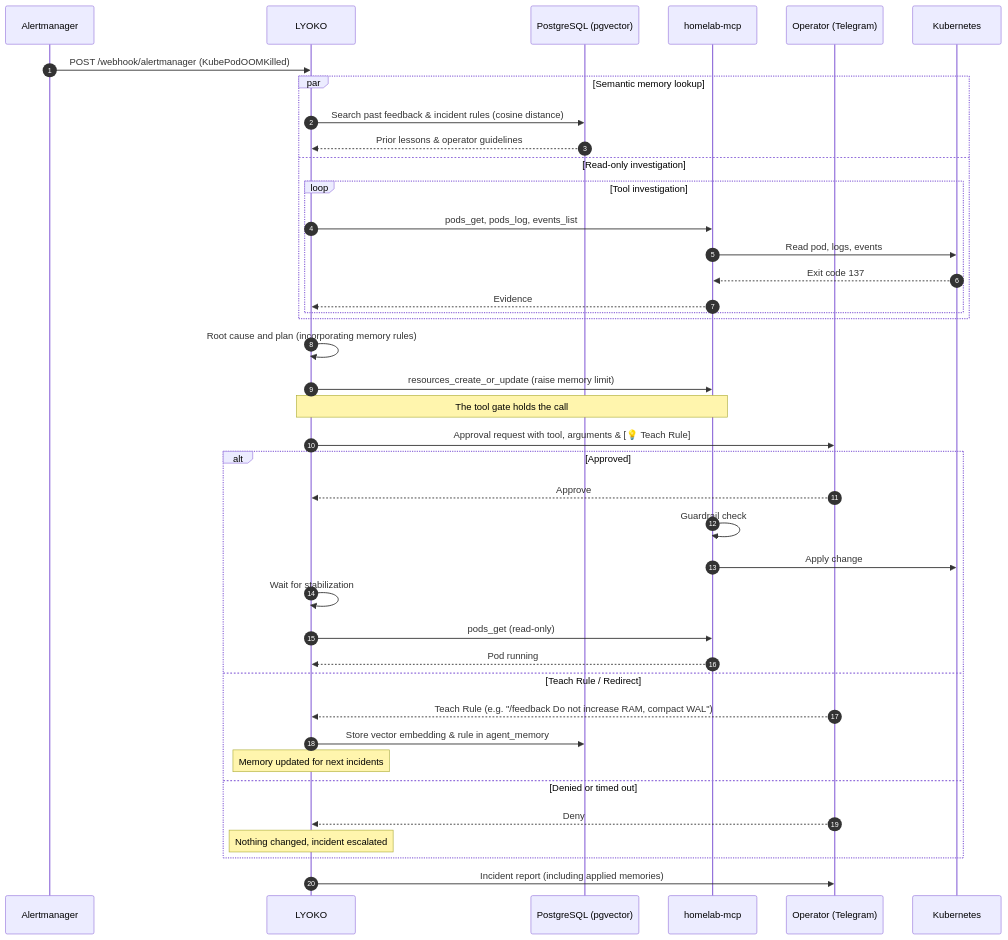
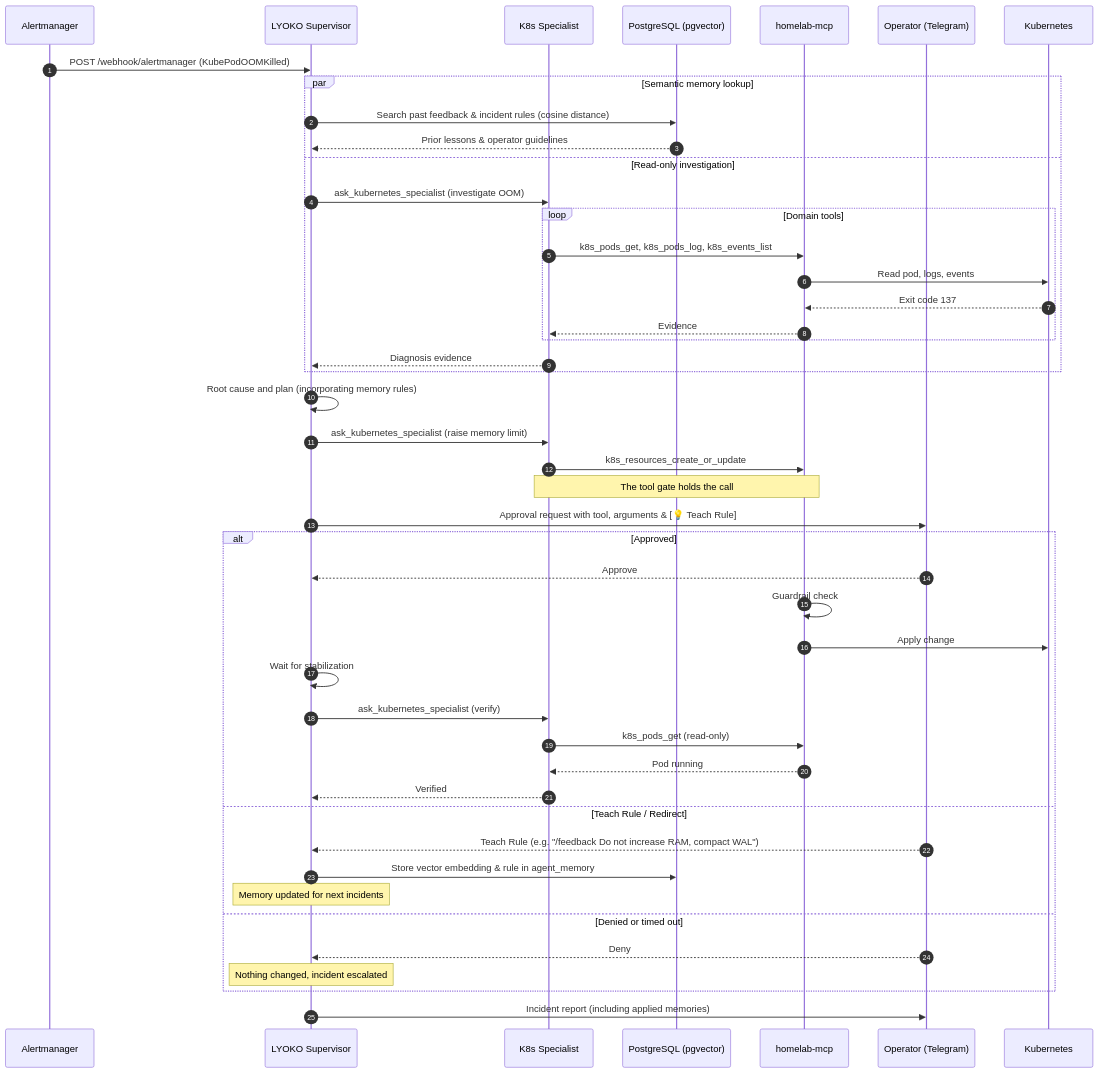
Before and after one commit to csp33/homelab-ai-ops: the second of 2 diagrams in README.md, drawn with Mermaid. The commit also changed other lines of this file and 3 other files, not shown here.

````diff
--- a/README.md
+++ b/README.md
@@ -118,48 +119,54 @@
 ```mermaid
 sequenceDiagram
     autonumber
     participant AM as Alertmanager
-    participant L as LYOKO
+    participant L as LYOKO Supervisor
+    participant S as K8s Specialist
     participant DB as PostgreSQL (pgvector)
     participant G as homelab-mcp
     participant O as Operator (Telegram)
     participant K as Kubernetes
 
     AM->>L: POST /webhook/alertmanager (KubePodOOMKilled)
 
     par Semantic memory lookup
         L->>DB: Search past feedback & incident rules (cosine distance)
         DB-->>L: Prior lessons & operator guidelines
     and Read-only investigation
-        loop Tool investigation
-            L->>G: pods_get, pods_log, events_list
+        L->>S: ask_kubernetes_specialist (investigate OOM)
+        loop Domain tools
+            S->>G: k8s_pods_get, k8s_pods_log, k8s_events_list
             G->>K: Read pod, logs, events
             K-->>G: Exit code 137
-            G-->>L: Evidence
+            G-->>S: Evidence
         end
+        S-->>L: Diagnosis evidence
     end
 
     L->>L: Root cause and plan (incorporating memory rules)
 
-    L->>G: resources_create_or_update (raise memory limit)
-    Note over L,G: The tool gate holds the call
+    L->>S: ask_kubernetes_specialist (raise memory limit)
+    S->>G: k8s_resources_create_or_update
+    Note over S,G: The tool gate holds the call
     L->>O: Approval request with tool, arguments & [💡 Teach Rule]
 
     alt Approved
         O-->>L: Approve
         G->>G: Guardrail check
         G->>K: Apply change
         L->>L: Wait for stabilization
-        L->>G: pods_get (read-only)
-        G-->>L: Pod running
+        L->>S: ask_kubernetes_specialist (verify)
+        S->>G: k8s_pods_get (read-only)
+        G-->>S: Pod running
+        S-->>L: Verified
     else Teach Rule / Redirect
         O-->>L: Teach Rule (e.g. "/feedback Do not increase RAM, compact WAL")
         L->>DB: Store vector embedding & rule in agent_memory
         Note over L: Memory updated for next incidents
     else Denied or timed out
         O-->>L: Deny
         Note over L: Nothing changed, incident escalated
     end
 
     L->>O: Incident report (including applied memories)
 ```
````
